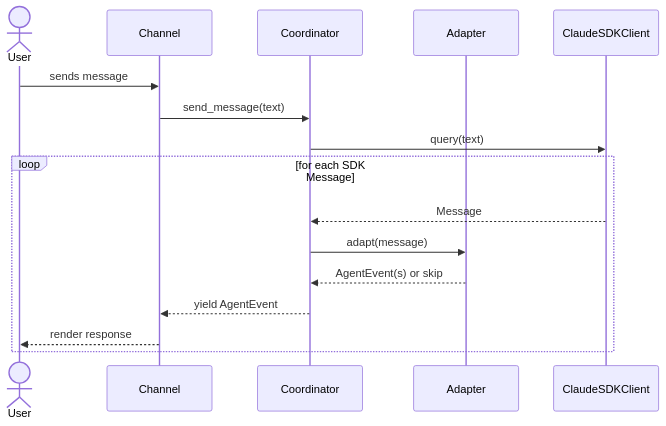
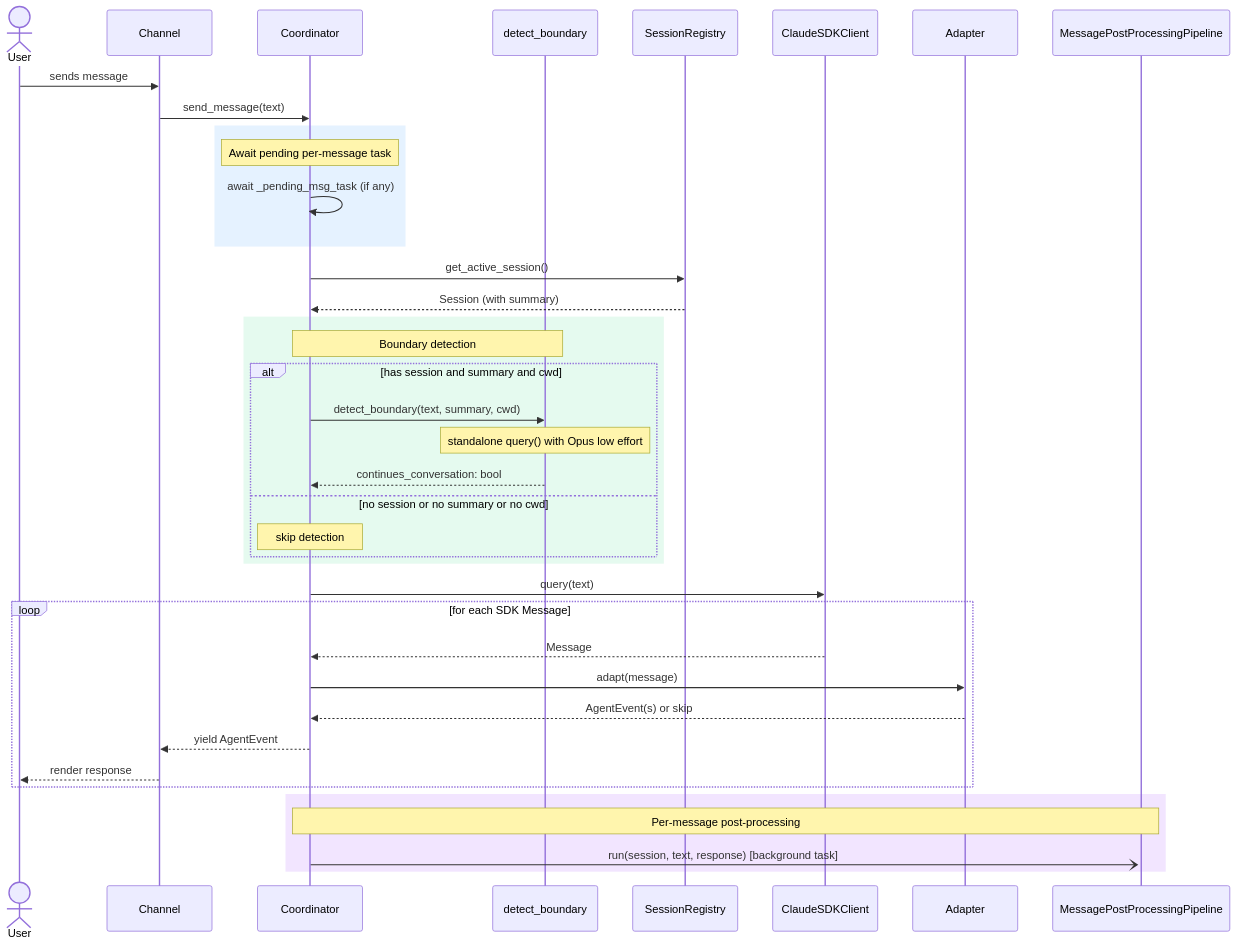
Before and after one commit to asermax/tachikoma: the first of 2 diagrams in docs/feature-designs/agent/core-architecture.md, drawn with Mermaid. The commit also changed other lines of this file and 13 other files, not shown here.

First line of the commit message:
docs(agent): reconcile DLT-026 boundary detection into feature docs

````diff
--- a/docs/feature-designs/agent/core-architecture.md
+++ b/docs/feature-designs/agent/core-architecture.md
@@ -81,19 +81,47 @@
 ```mermaid
 sequenceDiagram
     actor User
     participant Channel
-    participant Coordinator
+    participant Coord as Coordinator
+    participant Detector as detect_boundary
+    participant Registry as SessionRegistry
+    participant SDK as ClaudeSDKClient
     participant Adapter
-    participant SDK as ClaudeSDKClient
+    participant MsgPipeline as MessagePostProcessingPipeline
 
     User->>Channel: sends message
-    Channel->>Coordinator: send_message(text)
-    Coordinator->>SDK: query(text)
+    Channel->>Coord: send_message(text)
+
+    rect rgba(0, 128, 255, 0.1)
+        Note over Coord: Await pending per-message task
+        Coord->>Coord: await _pending_msg_task (if any)
+    end
+
+    Coord->>Registry: get_active_session()
+    Registry-->>Coord: Session (with summary)
+
+    rect rgba(0, 200, 100, 0.1)
+        Note over Coord,Detector: Boundary detection
+        alt has session and summary and cwd
+            Coord->>Detector: detect_boundary(text, summary, cwd)
+            Note over Detector: standalone query() with Opus low effort
+            Detector-->>Coord: continues_conversation: bool
+        else no session or no summary or no cwd
+            Note over Coord: skip detection
+        end
+    end
+
+    Coord->>SDK: query(text)
     loop for each SDK Message
-        SDK-->>Coordinator: Message
-        Coordinator->>Adapter: adapt(message)
-        Adapter-->>Coordinator: AgentEvent(s) or skip
-        Coordinator-->>Channel: yield AgentEvent
+        SDK-->>Coord: Message
+        Coord->>Adapter: adapt(message)
+        Adapter-->>Coord: AgentEvent(s) or skip
+        Coord-->>Channel: yield AgentEvent
         Channel-->>User: render response
     end
+
+    rect rgba(128, 0, 255, 0.1)
+        Note over Coord,MsgPipeline: Per-message post-processing
+        Coord-)+MsgPipeline: run(session, text, response) [background task]
+    end
 ```
````
